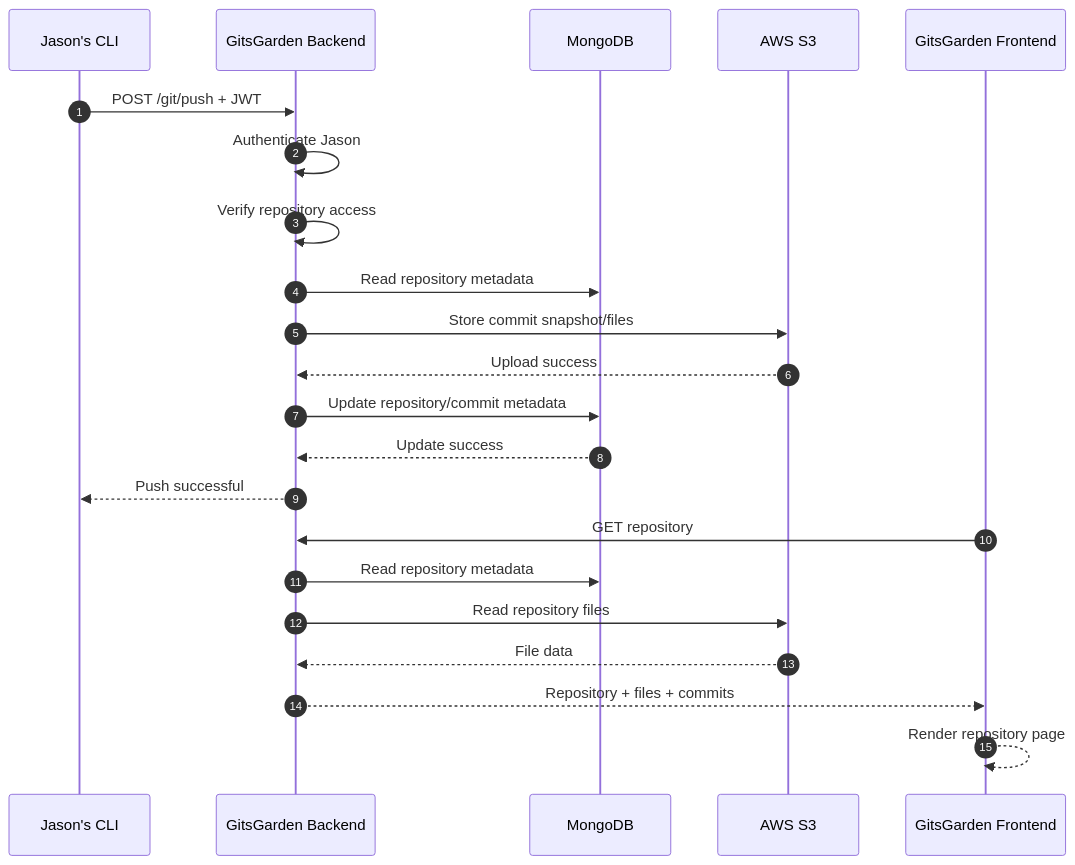
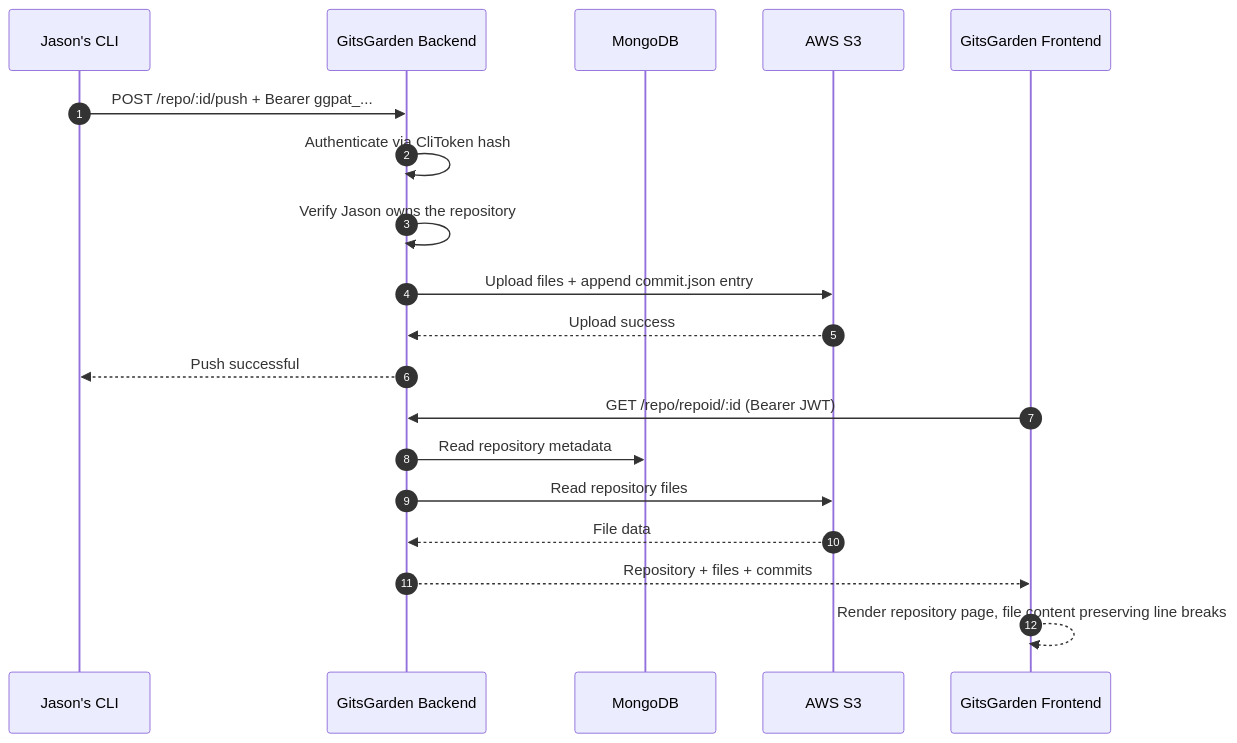
One commit to prash08484/GitGarden changed the ninth of 9 diagrams in README.md. Above: the diagram before and after it, drawn with Mermaid. The commit also changed other lines of this file, not shown here.

````diff
--- a/README.md
+++ b/README.md
@@ -1027,26 +975,23 @@
 ```mermaid
 sequenceDiagram
     autonumber
     participant CLI as Jason's CLI
     participant API as GitsGarden Backend
     participant DB as MongoDB
     participant S3 as AWS S3
     participant UI as GitsGarden Frontend
 
-    CLI->>API: POST /git/push + JWT
-    API->>API: Authenticate Jason
-    API->>API: Verify repository access
-    API->>DB: Read repository metadata
-    API->>S3: Store commit snapshot/files
+    CLI->>API: POST /repo/:id/push + Bearer ggpat_...
+    API->>API: Authenticate via CliToken hash
+    API->>API: Verify Jason owns the repository
+    API->>S3: Upload files + append commit.json entry
     S3-->>API: Upload success
-    API->>DB: Update repository/commit metadata
-    DB-->>API: Update success
     API-->>CLI: Push successful
 
-    UI->>API: GET repository
+    UI->>API: GET /repo/repoid/:id (Bearer JWT)
     API->>DB: Read repository metadata
     API->>S3: Read repository files
     S3-->>API: File data
     API-->>UI: Repository + files + commits
-    UI-->>UI: Render repository page
+    UI-->>UI: Render repository page, file content preserving line breaks
 ```
````
